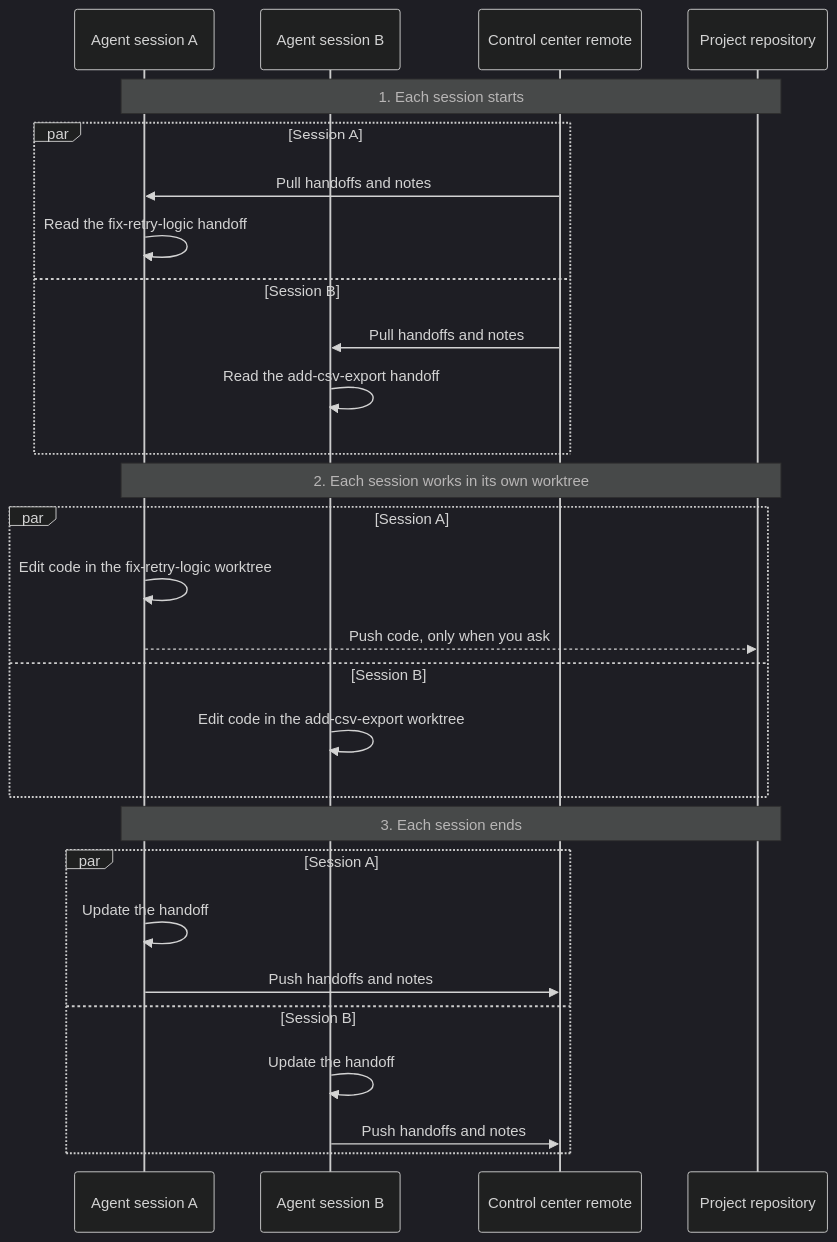
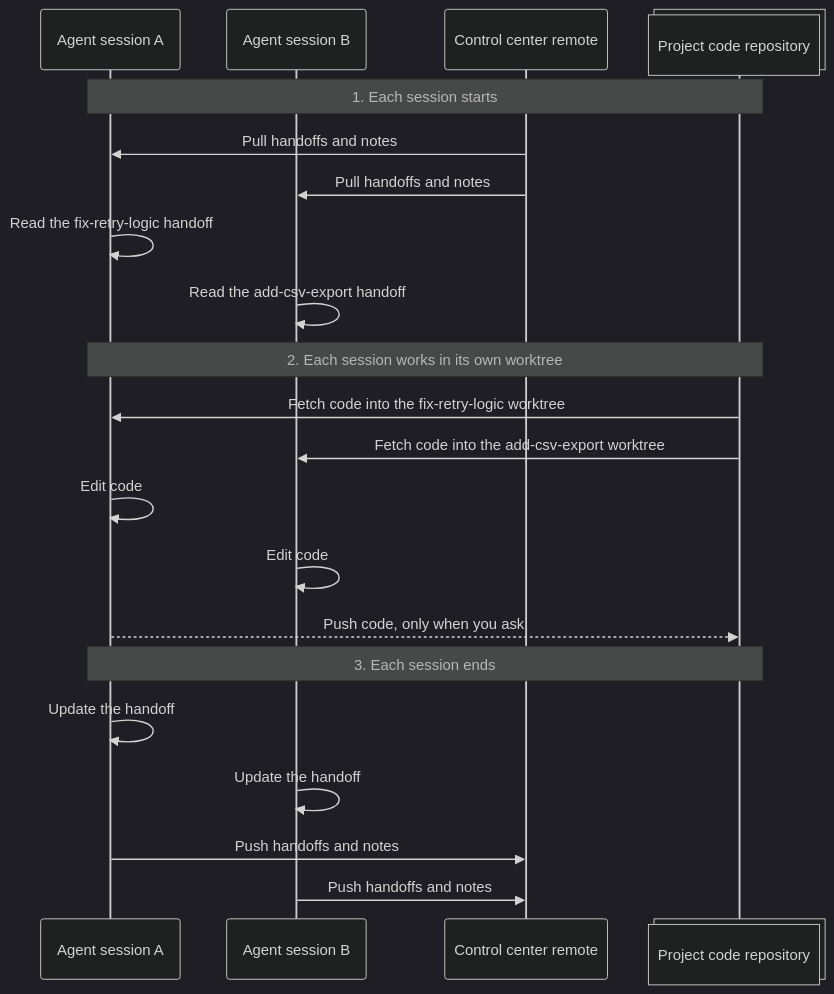
Before and after one commit to znicholasbrown/agent-control-center: the diagram in README.md, drawn with Mermaid (dark theme). The commit also changed other lines of this file, not shown here.

Commit message:
refine graph a lil

````diff
--- a/README.md
+++ b/README.md
@@ -37,33 +37,26 @@
 ```mermaid
 sequenceDiagram
     participant A as Agent session A
     participant B as Agent session B
     participant CC as Control center remote
-    participant R as Project repository
+    participant R@{ "type": "collections" } as Project code repository
 
     Note over A,R: 1. Each session starts
-    par Session A
-        CC->>A: Pull handoffs and notes
-        A->>A: Read the fix-retry-logic handoff
-    and Session B
-        CC->>B: Pull handoffs and notes
-        B->>B: Read the add-csv-export handoff
-    end
+    CC->>A: Pull handoffs and notes
+    CC->>B: Pull handoffs and notes
+    A->>A: Read the fix-retry-logic handoff
+    B->>B: Read the add-csv-export handoff
 
     Note over A,R: 2. Each session works in its own worktree
-    par Session A
-        A->>A: Edit code in the fix-retry-logic worktree
-        A-->>R: Push code, only when you ask
-    and Session B
-        B->>B: Edit code in the add-csv-export worktree
-    end
+    R->>A: Fetch code into the fix-retry-logic worktree
+    R->>B: Fetch code into the add-csv-export worktree
+    A->>A: Edit code
+    B->>B: Edit code
+    A-->>R: Push code, only when you ask
 
     Note over A,R: 3. Each session ends
-    par Session A
-        A->>A: Update the handoff
-        A->>CC: Push handoffs and notes
-    and Session B
-        B->>B: Update the handoff
-        B->>CC: Push handoffs and notes
-    end
+    A->>A: Update the handoff
+    B->>B: Update the handoff
+    A->>CC: Push handoffs and notes
+    B->>CC: Push handoffs and notes
 ```
````
